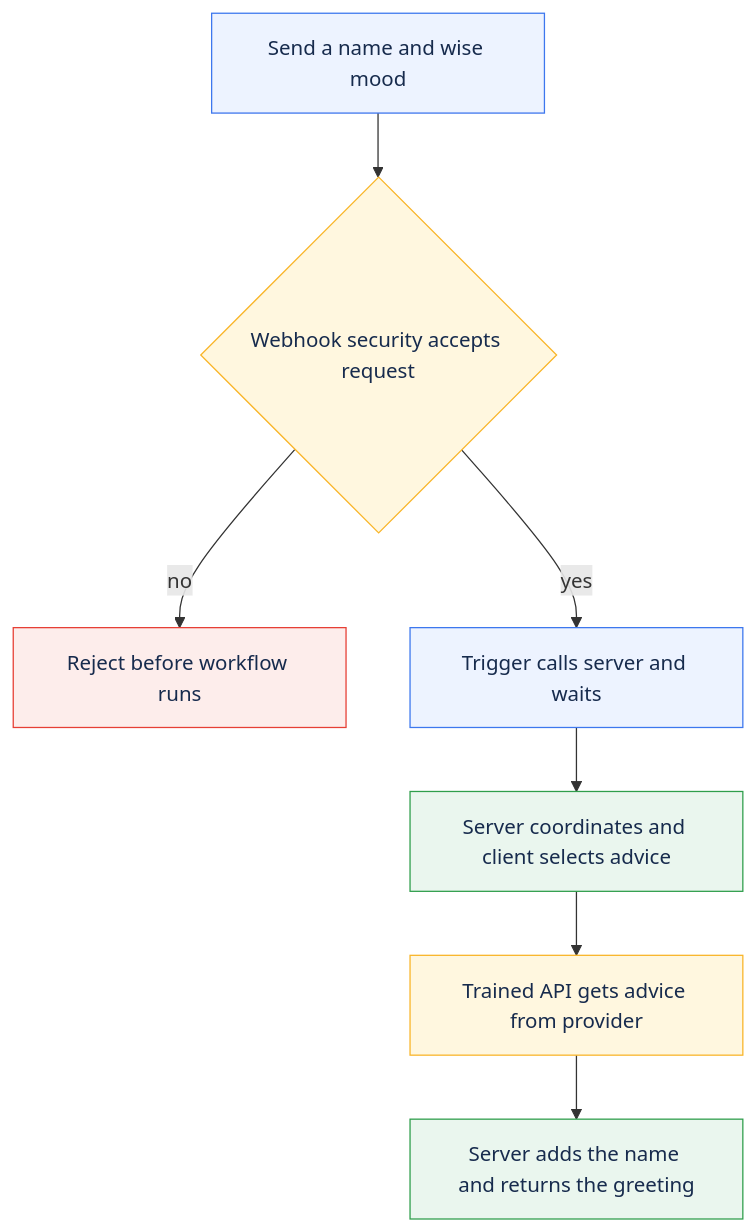
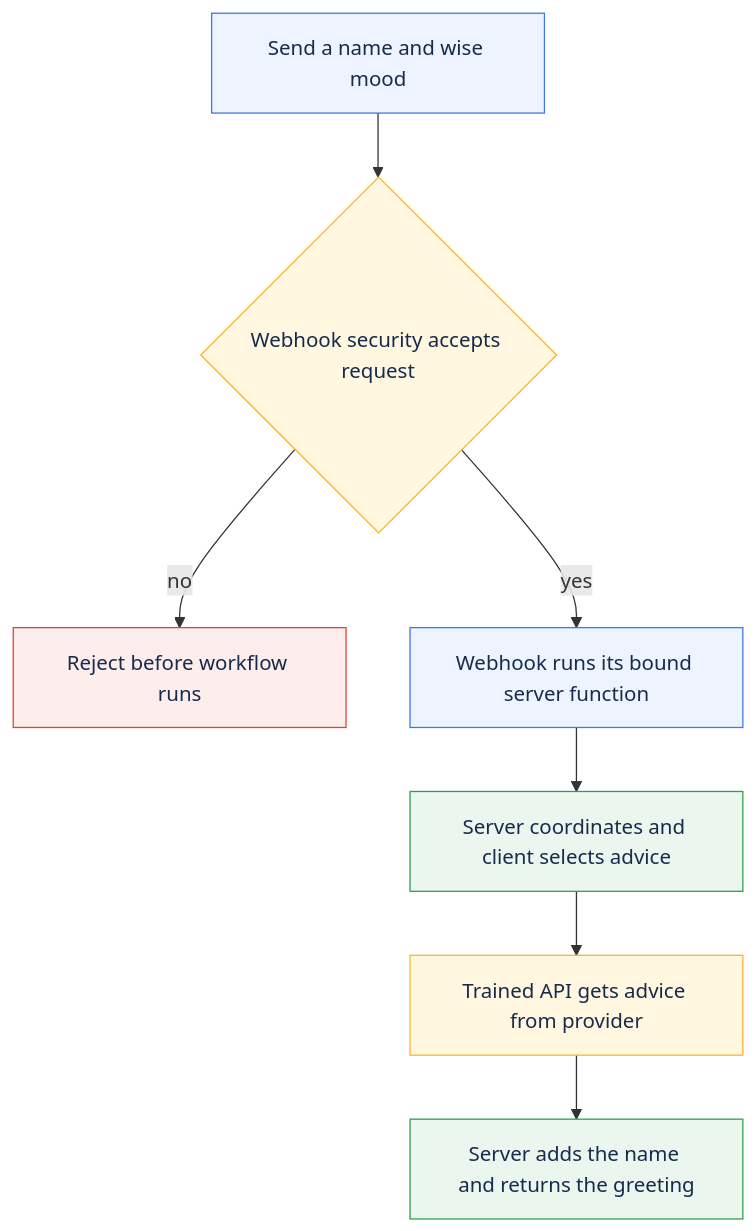
Before and after one commit to polyapi/poly-py-project-template: the diagram in workflows/src/sample_workflow/README.md, drawn with Mermaid. The commit also changed other lines of this file and 12 other files, not shown here.

First line of the commit message:
Reject triggers on bound webhooks and bind the sample webhook directly

````diff
--- a/workflows/src/sample_workflow/README.md
+++ b/workflows/src/sample_workflow/README.md
@@ -54,17 +54,17 @@
 ```mermaid
 flowchart TD
     R[Send a name and wise mood] --> V{Webhook security accepts request}
     V -->|no| X[Reject before workflow runs]
-    V -->|yes| T[Trigger calls server and waits]
+    V -->|yes| T[Webhook runs its bound server function]
     T --> S[Server coordinates and client selects advice]
     S --> A[Trained API gets advice from provider]
     A --> G[Server adds the name and returns the greeting]
     classDef blue fill:#EDF3FF,color:#172B4D,stroke:#3D77EE
     classDef yellow fill:#FFF7DF,color:#172B4D,stroke:#F9B528
     classDef green fill:#EAF6EE,color:#172B4D,stroke:#2F9E4B
     classDef red fill:#FDEDEB,color:#172B4D,stroke:#E63F35
     class R,T blue
     class V,A yellow
     class S,G green
     class X red
 ```
````
